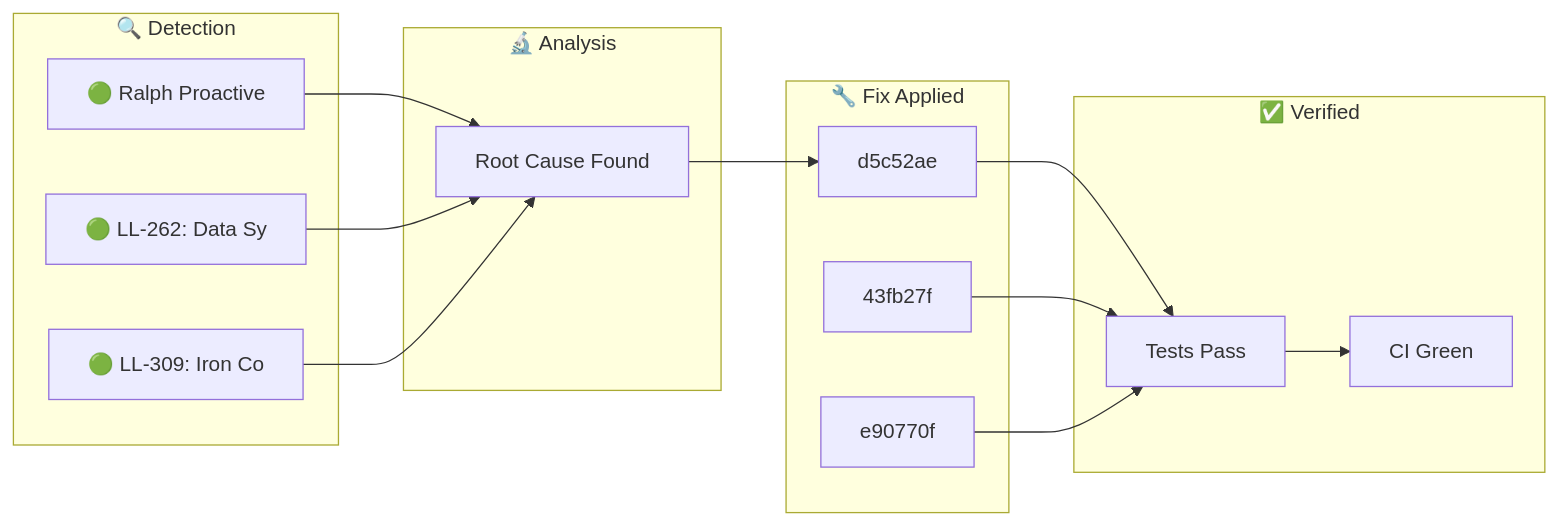
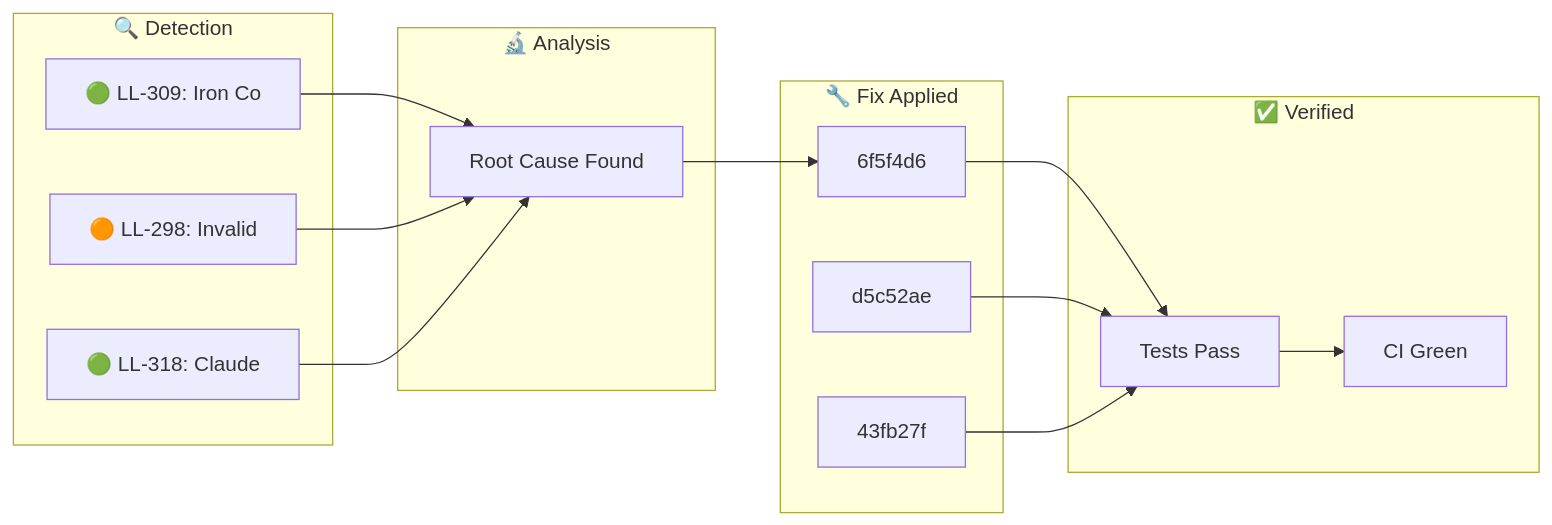
Before and after one commit to YoByron/trading: the diagram in docs/_posts/2026-01-29-ralph-discovery.md, drawn with Mermaid. The commit also changed other lines of this file, not shown here.

Commit message:
docs(ralph): Auto-publish discovery blog post

````diff
--- a/docs/_posts/2026-01-29-ralph-discovery.md
+++ b/docs/_posts/2026-01-29-ralph-discovery.md
@@ -17,28 +17,28 @@
 ```mermaid
 flowchart LR
     subgraph Detection["🔍 Detection"]
-        D1["🟢 Ralph Proactive"]
-        D2["🟢 LL-262: Data Sy"]
-        D3["🟢 LL-309: Iron Co"]
+        D1["🟢 LL-309: Iron Co"]
+        D2["🟠 LL-298: Invalid"]
+        D3["🟢 LL-318: Claude "]
     end
     subgraph Analysis["🔬 Analysis"]
         A1["Root Cause Found"]
     end
     subgraph Fix["🔧 Fix Applied"]
-        F1["d5c52ae"]
-        F2["43fb27f"]
-        F3["e90770f"]
+        F1["6f5f4d6"]
+        F2["d5c52ae"]
+        F3["43fb27f"]
     end
     subgraph Verify["✅ Verified"]
         V1["Tests Pass"]
         V2["CI Green"]
     end
     D1 --> A1
     D2 --> A1
     D3 --> A1
     A1 --> F1
     F1 --> V1
     F2 --> V1
     F3 --> V1
     V1 --> V2
 ```
````
